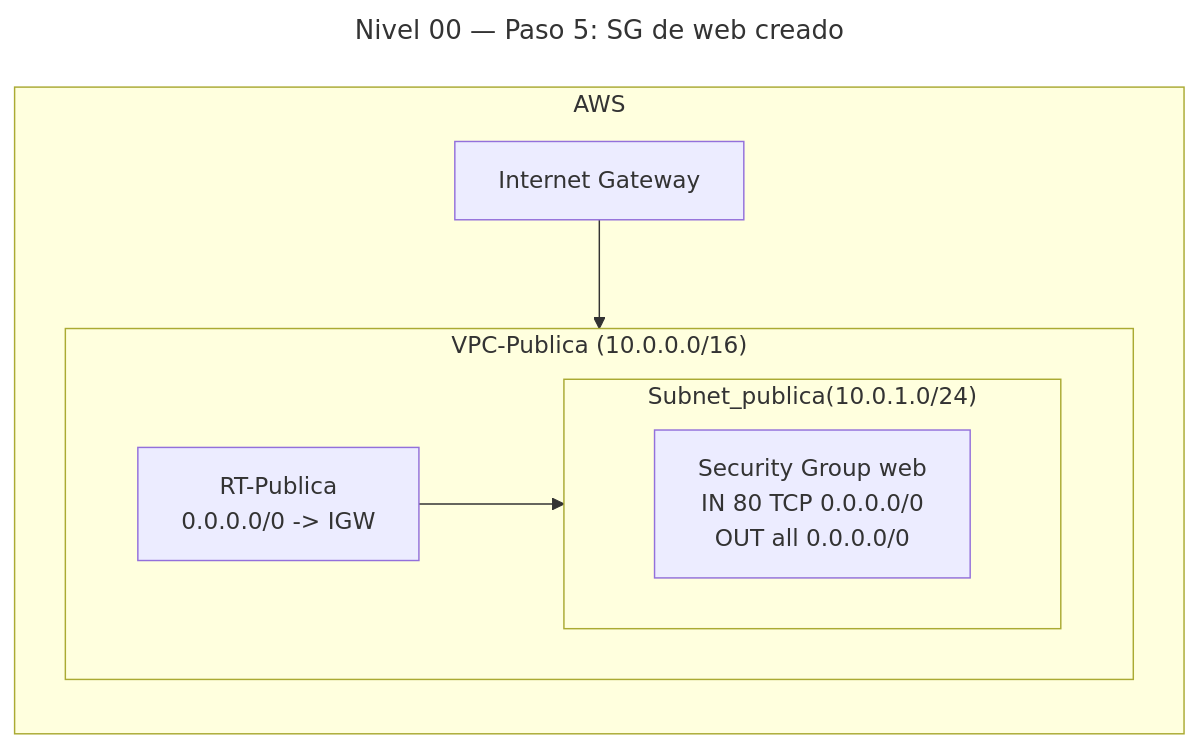
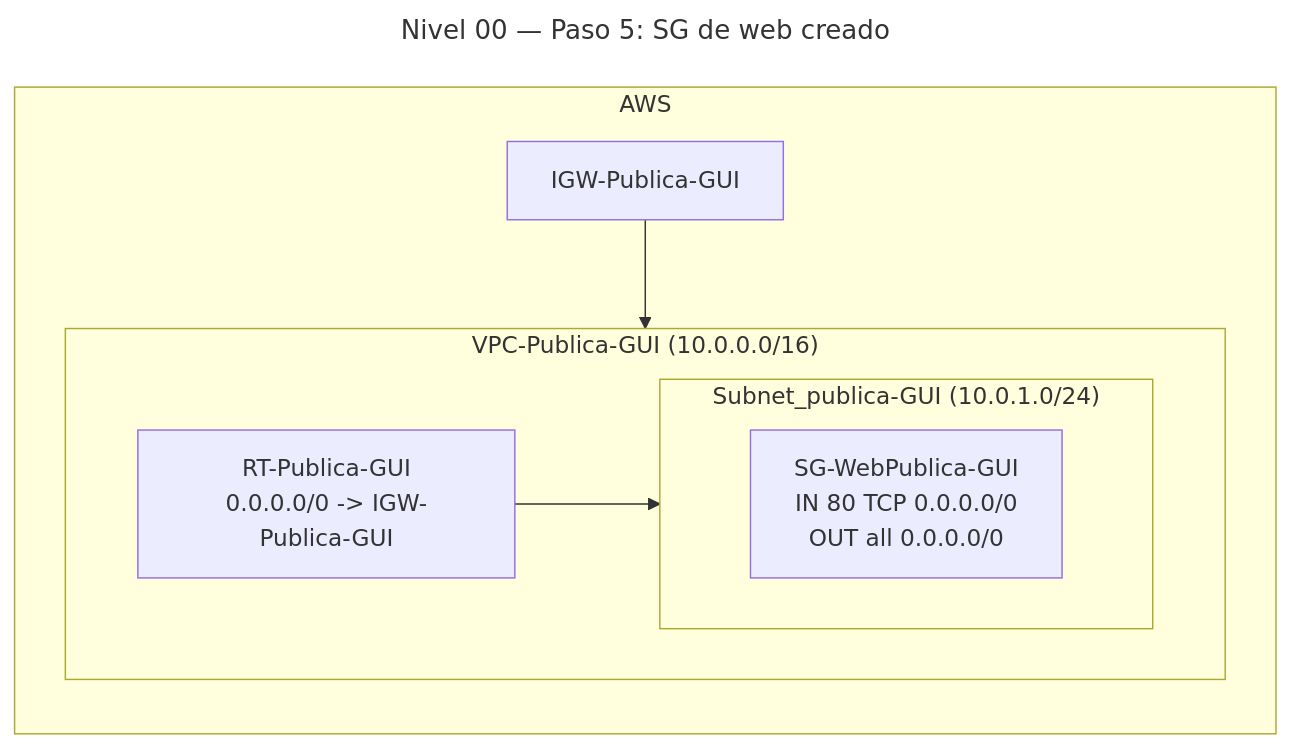
One commit to Marcos-SA-git/AWS-Certifications changed the sixth of 8 diagrams in SAA-C03/es/Prácticas/🥉Fácil/Nivel-00.md. Above: the diagram before and after it, drawn with Mermaid. The commit also changed other lines of this file, not shown here.

Commit message:
Better differentiation GUI-CLI

````diff
--- a/SAA-C03/es/Prácticas/🥉Fácil/Nivel-00.md
+++ b/SAA-C03/es/Prácticas/🥉Fácil/Nivel-00.md
@@ -174,17 +174,17 @@
 ```mermaid
 ---
 title: "Nivel 00 — Paso 5: SG de web creado"
 ---
 graph BT
 subgraph AWS[AWS]
-  IGW[Internet Gateway]
-  subgraph VPC["VPC-Publica (10.0.0.0/16)"]
-    RT[RT-Publica<br>0.0.0.0/0 -> IGW]
-    subgraph SUB["Subnet_publica(10.0.1.0/24)"]
-      SG[Security Group web<br>IN 80 TCP 0.0.0.0/0<br>OUT all 0.0.0.0/0]
+  IGW[IGW-Publica-GUI]
+  subgraph VPC["VPC-Publica-GUI (10.0.0.0/16)"]
+    RT[RT-Publica-GUI<br>0.0.0.0/0 -> IGW-Publica-GUI]
+    subgraph SUB["Subnet_publica-GUI (10.0.1.0/24)"]
+      SG[SG-WebPublica-GUI<br>IN 80 TCP 0.0.0.0/0<br>OUT all 0.0.0.0/0]
     end
   end
 end
 IGW --> VPC
 RT --> SUB
 ```
````
